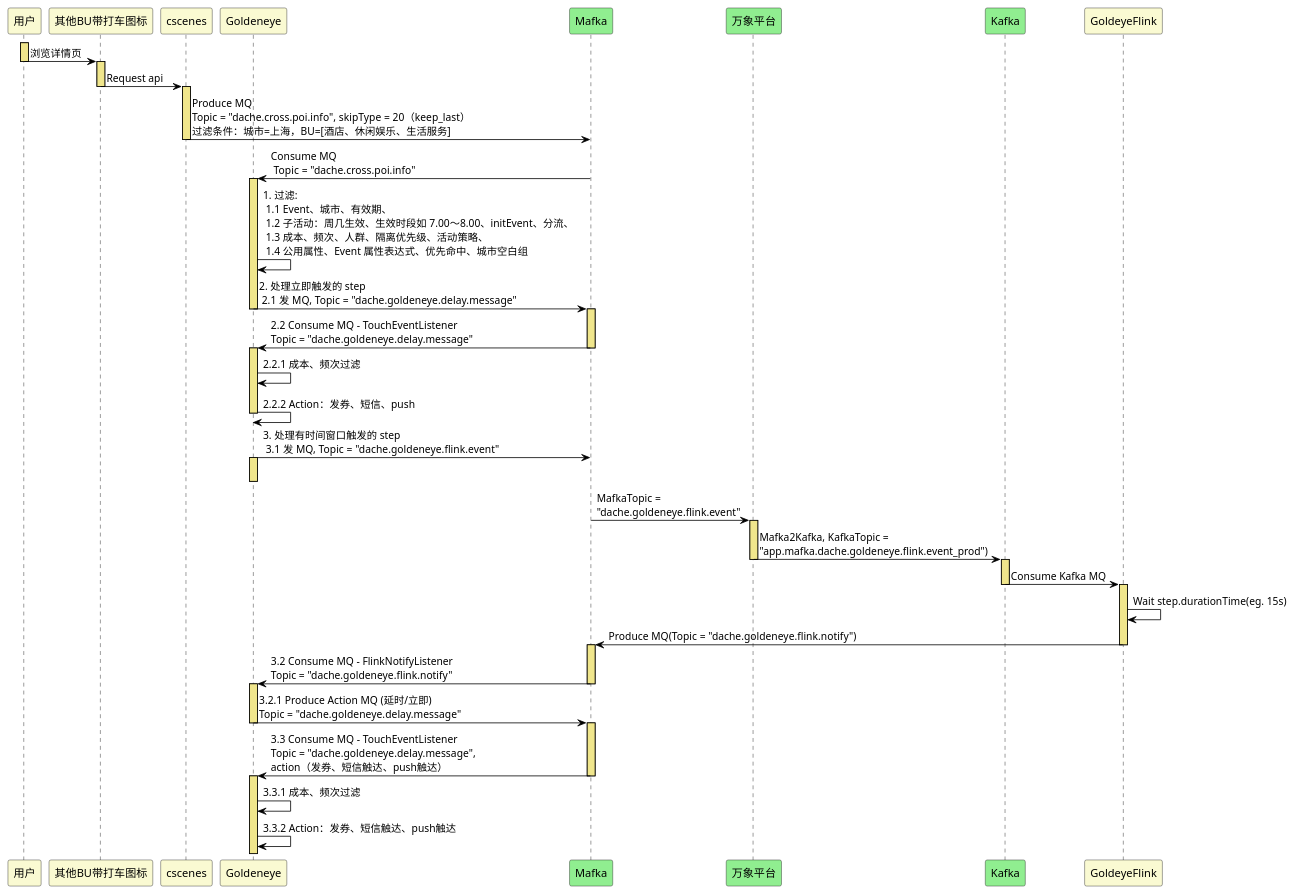
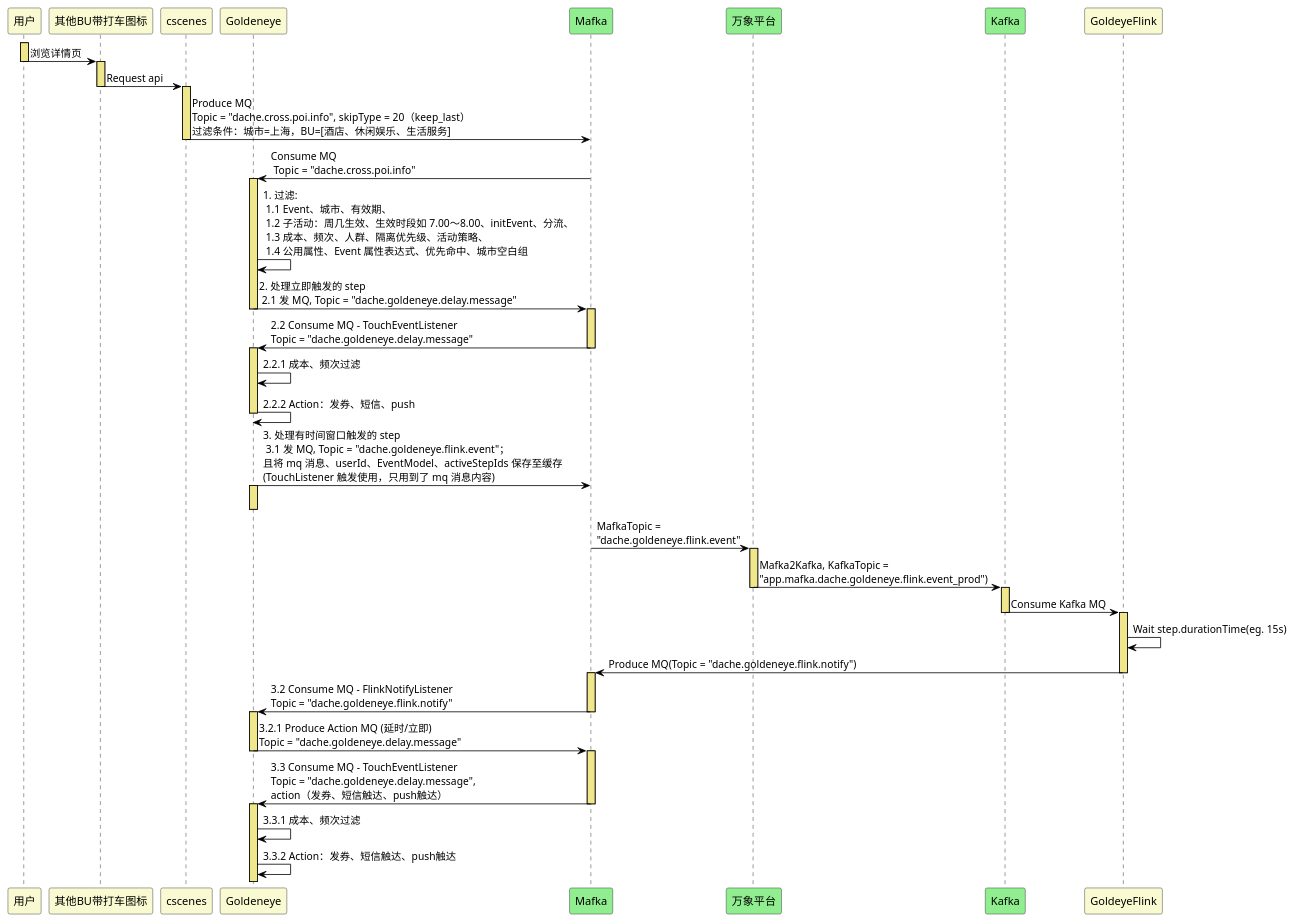
One commit to zhangbotong/mt-plantuml changed the diagram in src/note/goldeneye/CrossPOI.puml. Above: the diagram before and after it, drawn with PlantUML. The commit also changed 10 other files, not shown here.

```diff
--- a/src/note/goldeneye/CrossPOI.puml
+++ b/src/note/goldeneye/CrossPOI.puml
@@ -1,67 +1,67 @@
 @startuml
 skinparam sequence {
 ArrowColor black
 LifeLineBorderColor black
 LifeLineBackgroundColor khaki
 
 ParticipantBackgroundColor lightgoldenrodyellow
 }
 
 participant "用户" as 用户
 participant "其他BU带打车图标" as 其他BU带打车图标
 participant "cscenes" as cscenes
 participant "Goldeneye" as Goldeneye
 participant "Mafka" as Mafka #lightgreen
 participant "万象平台" as 万象平台 #lightgreen
 participant "Kafka" as Kafka #lightgreen
 participant "GoldeyeFlink" as GoldeyeFlink
 
 activate 用户
 用户 -> 其他BU带打车图标: 浏览详情页
 deactivate 用户
 activate 其他BU带打车图标
 其他BU带打车图标 -> cscenes: Request api
 deactivate 其他BU带打车图标
 activate cscenes
 cscenes -> Mafka: Produce MQ\nTopic = "dache.cross.poi.info", skipType = 20（keep_last）\n过滤条件：城市=上海，BU=[酒店、休闲娱乐、生活服务]
 deactivate cscenes
 Mafka -> Goldeneye : Consume MQ\n Topic = "dache.cross.poi.info"
 activate Goldeneye
 Goldeneye -> Goldeneye : 1. 过滤: \n 1.1 Event、城市、有效期、\n 1.2 子活动：周几生效、生效时段如 7.00～8.00、initEvent、分流、\n 1.3 成本、频次、人群、隔离优先级、活动策略、\n 1.4 公用属性、Event 属性表达式、优先命中、城市空白组
 Goldeneye -> Mafka : 2. 处理立即触发的 step \n 2.1 发 MQ, Topic = "dache.goldeneye.delay.message"
 deactivate Goldeneye
 activate Mafka
 Mafka -> Goldeneye : 2.2 Consume MQ - TouchEventListener\nTopic = "dache.goldeneye.delay.message"
 deactivate Mafka
 activate Goldeneye
 Goldeneye -> Goldeneye : 2.2.1 成本、频次过滤
 Goldeneye -> Goldeneye : 2.2.2 Action：发券、短信、push
 deactivate Goldeneye
-Goldeneye -> Mafka : 3. 处理有时间窗口触发的 step \n 3.1 发 MQ, Topic = "dache.goldeneye.flink.event"
+Goldeneye -> Mafka : 3. 处理有时间窗口触发的 step \n 3.1 发 MQ, Topic = "dache.goldeneye.flink.event"；\n且将 mq 消息、userId、EventModel、activeStepIds 保存至缓存\n(TouchListener 触发使用，只用到了 mq 消息内容)
 activate Goldeneye
 deactivate Goldeneye
 Mafka -> 万象平台 : MafkaTopic = \n"dache.goldeneye.flink.event"
 activate 万象平台
 万象平台 -> Kafka : Mafka2Kafka, KafkaTopic = \n"app.mafka.dache.goldeneye.flink.event_prod")
 deactivate 万象平台
 activate Kafka
 Kafka -> GoldeyeFlink : Consume Kafka MQ
 deactivate Kafka
 activate GoldeyeFlink
 GoldeyeFlink -> GoldeyeFlink : Wait step.durationTime(eg. 15s)
 GoldeyeFlink -> Mafka : Produce MQ(Topic = "dache.goldeneye.flink.notify")
 deactivate GoldeyeFlink
 activate Mafka
 Mafka -> Goldeneye : 3.2 Consume MQ - FlinkNotifyListener\nTopic = "dache.goldeneye.flink.notify"
 deactivate Mafka
 activate Goldeneye
 Goldeneye -> Mafka : 3.2.1 Produce Action MQ (延时/立即)\nTopic = "dache.goldeneye.delay.message"
 deactivate Goldeneye
 activate Mafka
 Mafka -> Goldeneye : 3.3 Consume MQ - TouchEventListener\nTopic = "dache.goldeneye.delay.message",\naction（发券、短信触达、push触达）
 deactivate Mafka
 activate Goldeneye
 Goldeneye -> Goldeneye : 3.3.1 成本、频次过滤
 'Goldeneye -> Mafka : 判断若是【智能一期事件】，则发 MQ(Topic = "dache.goldeneye.poi.hit.broadcast")给智能，\n由智能过滤后进行发券和触达
 Goldeneye -> Goldeneye : 3.3.2 Action：发券、短信触达、push触达
 @enduml
```
